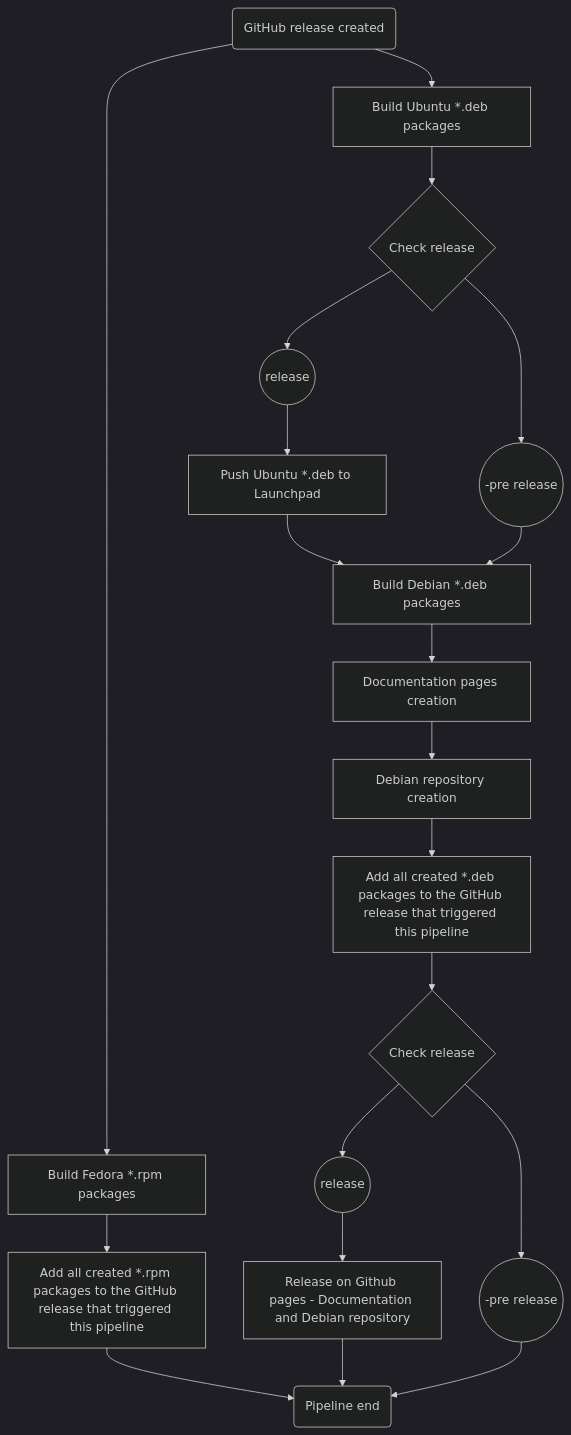
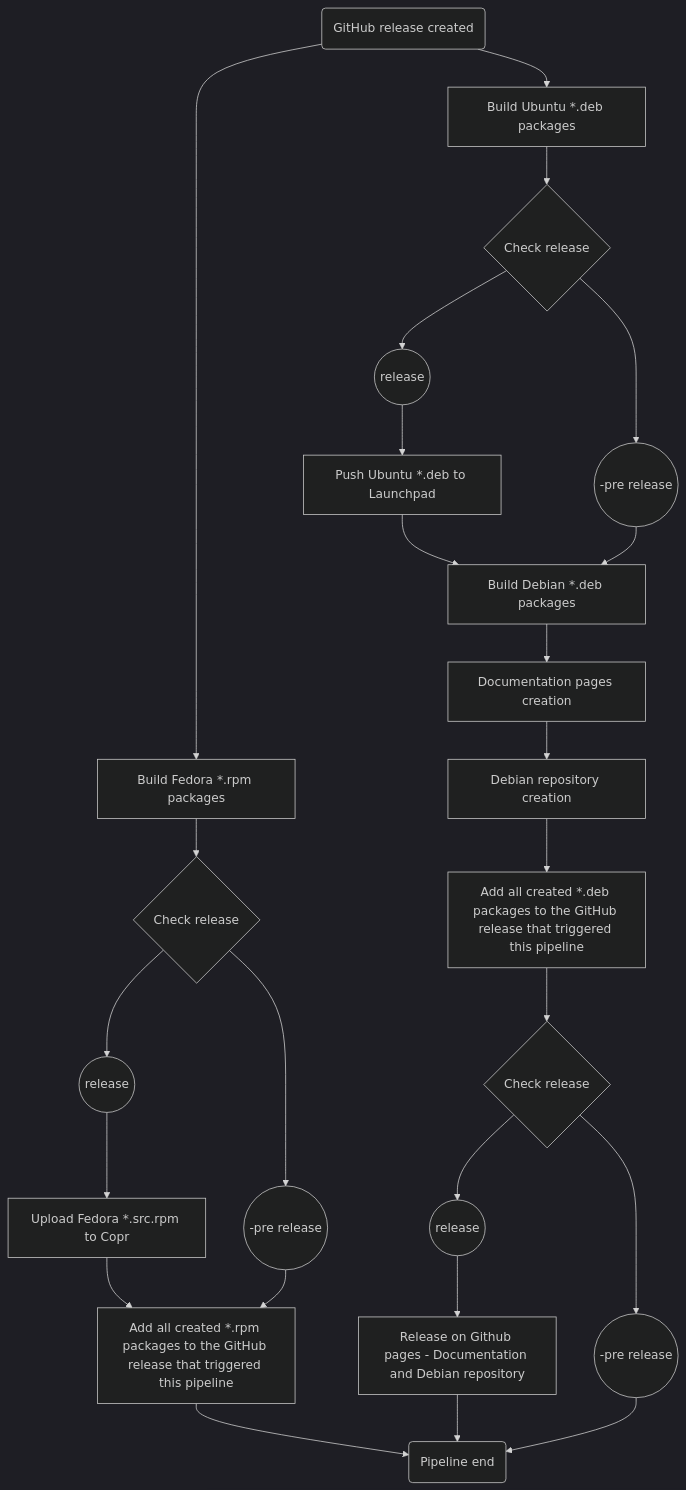
One commit to imker25/samba_exporter changed the second of 2 diagrams in docs/DeveloperDocs/ActionsAndReleases.md. Above: the diagram before and after it, drawn with Mermaid. The commit also changed other lines of this file and 1 other file, not shown here.

Commit message:
Add the copr relase workflow to docs #55

````diff
--- a/docs/DeveloperDocs/ActionsAndReleases.md
+++ b/docs/DeveloperDocs/ActionsAndReleases.md
@@ -46,47 +46,58 @@
 ```mermaid
 %%{init: {'theme':'dark'}}%%
 graph TD;
     release(GitHub release created)
     buildUbuntu[Build Ubuntu *.deb packages]
     buildDebian[Build Debian *.deb packages]
     docs[Documentation pages creation]
     repo[Debian repository creation]
     releaseUbuntuLP[Push Ubuntu *.deb to Launchpad]
     releaseGH-Deb[Add all created *.deb packages to the GitHub release that triggered this pipeline]
     pagesRelease[Release on Github pages - Documentation and Debian repository]
     done(Pipeline end)
     checkRelease1{Check release}
     preRelease1(( -pre release))
     fullRelease1((release))
 
     checkRelease3{Check release}
     preRelease3(( -pre release))
     fullRelease3((release))
 
     buildFedora[Build Fedora *.rpm packages]
+
+    checkRelease4{Check release}
+    preRelease4(( -pre release))
+    fullRelease4((release))
+    uploadCopr[Upload Fedora *.src.rpm to Copr]
+
     releaseGH-Rpm[Add all created *.rpm packages to the GitHub release that triggered this pipeline]
 
     release-->buildUbuntu
     buildUbuntu-->checkRelease1
     checkRelease1-->preRelease1
     checkRelease1-->fullRelease1
     fullRelease1-->releaseUbuntuLP
     releaseUbuntuLP-->buildDebian
     preRelease1 --> buildDebian
 
     buildDebian-->docs
     docs-->repo
     repo-->releaseGH-Deb
     releaseGH-Deb-->checkRelease3
 
     checkRelease3-->preRelease3
     checkRelease3-->fullRelease3
     fullRelease3-->pagesRelease
 
     release-->buildFedora
-    buildFedora-->releaseGH-Rpm
+    buildFedora-->checkRelease4
+    checkRelease4-->preRelease4
+    checkRelease4-->fullRelease4
+    fullRelease4-->uploadCopr
+    uploadCopr-->releaseGH-Rpm
+    preRelease4-->releaseGH-Rpm
     releaseGH-Rpm-->done
 
     pagesRelease-->done
     preRelease3-->done
 ```
````
